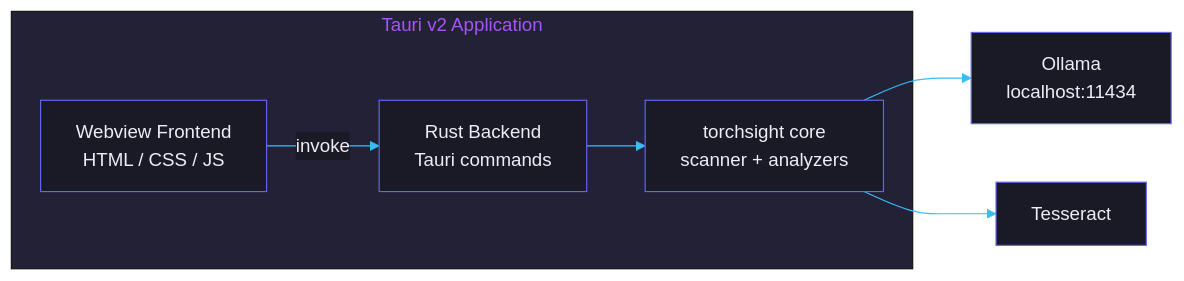
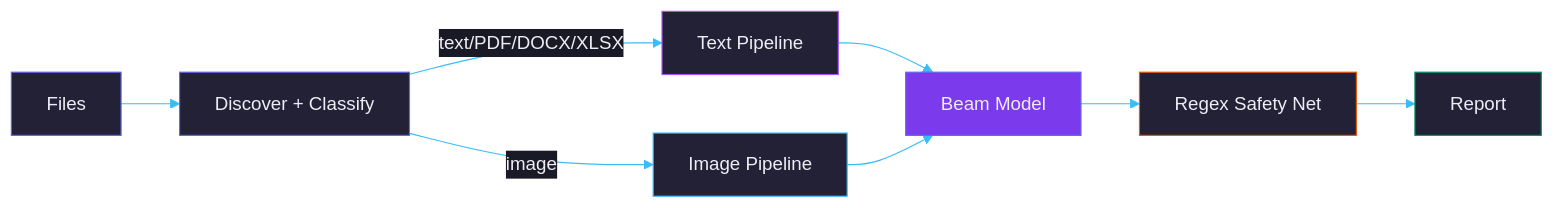
The diagram in docs/ARCHITECTURE.md (IvanDobrovolsky/torchsight), drawn with Mermaid before and after one commit. The commit also changed other lines of this file and 3 other files, not shown here.

First line of the commit message:
refactor: slim README, compact architecture, add VERSION/CHANGELOG, release workflow

````diff
--- a/docs/ARCHITECTURE.md
+++ b/docs/ARCHITECTURE.md
@@ -205,14 +5,19 @@
 ```mermaid
 %%{init: {'theme': 'base', 'themeVariables': {'primaryColor': '#7C3AED','primaryTextColor': '#EEEDF5','primaryBorderColor': '#6366F1','lineColor': '#38BDF8','secondaryColor': '#1A1926','tertiaryColor': '#222136','background': '#0F0E17','mainBkg': '#1A1926','nodeBorder': '#6366F1','clusterBkg': '#222136','titleColor': '#A855F7','edgeLabelBackground': '#1A1926'}}}%%
 graph LR
-    subgraph Desktop["Tauri v2 Application"]
-        WEBVIEW["Webview Frontend<br>HTML / CSS / JS"]
-        COMMANDS["Rust Backend<br>Tauri commands"]
-        CORE["torchsight core<br>scanner + analyzers"]
-    end
+    FILES["Files"] --> DISCOVER["Discover + Classify"]
+    DISCOVER -->|text/PDF/DOCX/XLSX| TEXT["Text Pipeline"]
+    DISCOVER -->|image| IMAGE["Image Pipeline"]
+    TEXT --> BEAM["Beam Model"]
+    IMAGE --> BEAM
+    BEAM --> REGEX["Regex Safety Net"]
+    REGEX --> REPORT["Report"]
 
-    WEBVIEW -->|invoke| COMMANDS
-    COMMANDS --> CORE
-    CORE --> OLLAMA["Ollama<br>localhost:11434"]
-    CORE --> TESS["Tesseract"]
+    style FILES fill:#222136,stroke:#6366F1,color:#EEEDF5
+    style DISCOVER fill:#222136,stroke:#6366F1,color:#EEEDF5
+    style TEXT fill:#222136,stroke:#A855F7,color:#EEEDF5
+    style IMAGE fill:#222136,stroke:#38BDF8,color:#EEEDF5
+    style BEAM fill:#7C3AED,stroke:#6366F1,color:#EEEDF5
+    style REGEX fill:#222136,stroke:#EA580C,color:#EEEDF5
+    style REPORT fill:#222136,stroke:#059669,color:#EEEDF5
 ```
````
